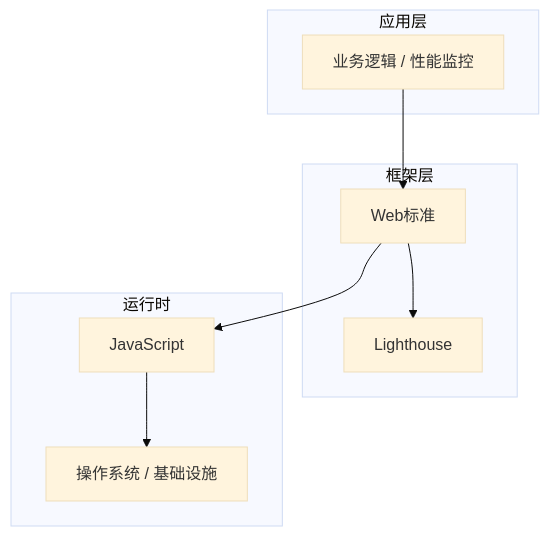
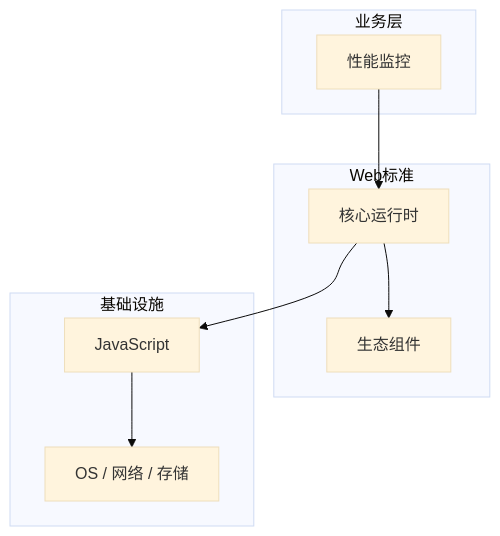
Before and after one commit to yanggan2015/knowledge-json-v2: the diagram in articles/Web性能优化/chapters/079-性能监控核心概念与原理.md, drawn with Mermaid (base theme). The commit also changed other lines of this file and 10127 other files, not shown here.

````diff
--- a/articles/Web性能优化/chapters/079-性能监控核心概念与原理.md
+++ b/articles/Web性能优化/chapters/079-性能监控核心概念与原理.md
@@ -45,18 +34,18 @@
 ```mermaid
 graph TB
-    subgraph 应用层
-        A[业务逻辑 / 性能监控]
+    subgraph 业务层
+        A[性能监控]
     end
-    subgraph 框架层
-        B[Web标准]
-        C[Lighthouse]
+    subgraph Web标准
+        B[核心运行时]
+        C[生态组件]
     end
-    subgraph 运行时
+    subgraph 基础设施
         D[JavaScript]
-        E[操作系统 / 基础设施]
+        E[OS / 网络 / 存储]
     end
     A --> B
     B --> C
     B --> D
     D --> E
 ```
````
